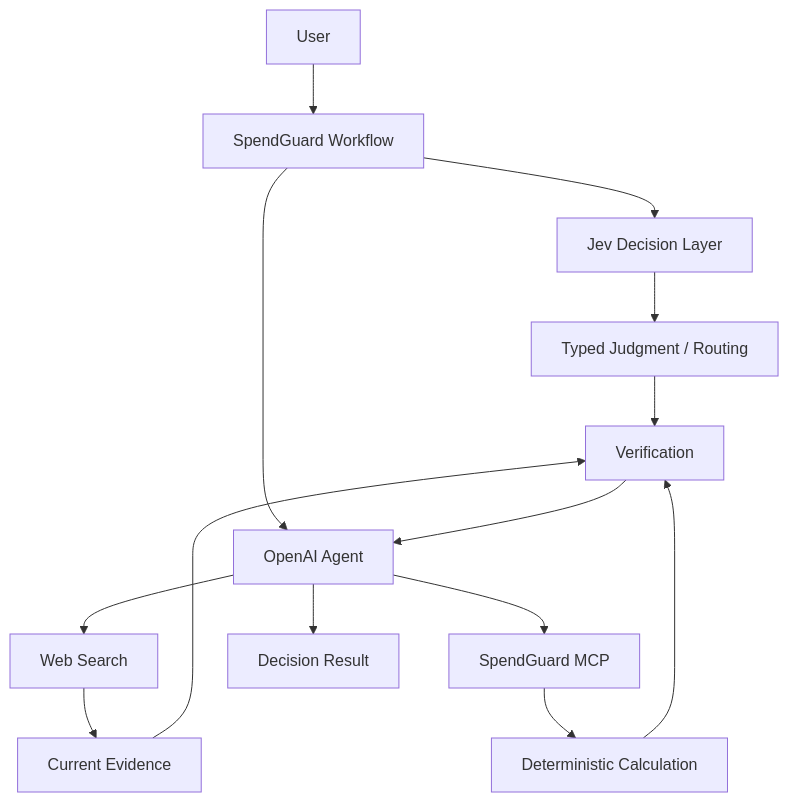
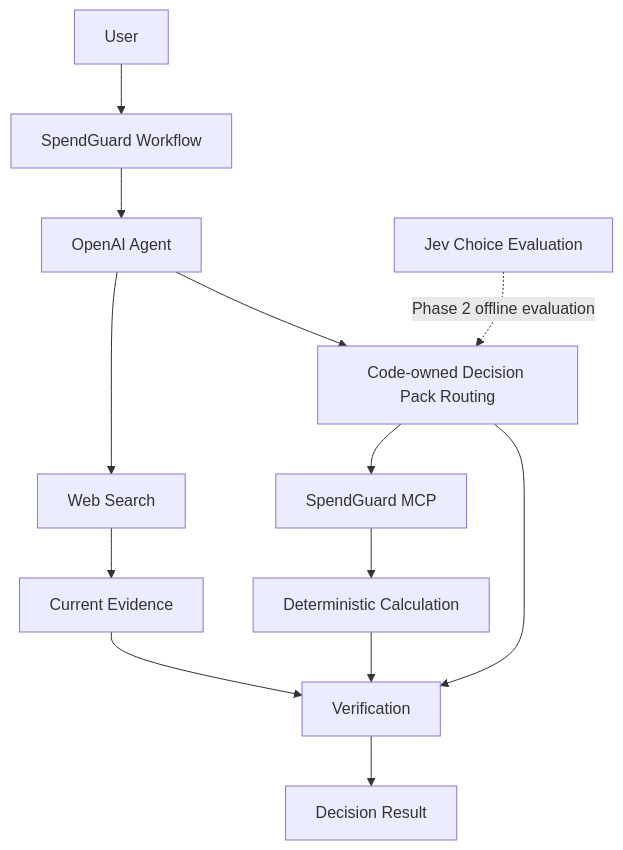
The diagram in README.md (seoheejung/spendguard-agent), drawn with Mermaid before and after one commit. The commit also changed other lines of this file, not shown here.

````diff
--- a/README.md
+++ b/README.md
@@ -29,22 +29,20 @@
 ```mermaid
 flowchart TD
     User["User"] --> Workflow["SpendGuard Workflow"]
 
-    Workflow --> Jev["Jev Decision Layer"]
     Workflow --> Agent["OpenAI Agent"]
+    Agent --> Search["Web Search"]
+    Agent --> Code["Code-owned Decision Pack Routing"]
 
-    Jev --> Rules["Typed Judgment / Routing"]
+    Code --> MCP["SpendGuard MCP"]
+    MCP --> Calc["Deterministic Calculation"]
 
-    Agent --> Search["Web Search"]
-    Agent --> MCP["SpendGuard MCP"]
+    Search --> Evidence["Current Evidence"]
+    Calc --> Verify["Verification"]
+    Evidence --> Verify
+    Code --> Verify
 
-    MCP --> Calc["Deterministic Calculation"]
-    Search --> Evidence["Current Evidence"]
+    Verify --> Result["Decision Result"]
 
-    Rules --> Verify["Verification"]
-    Calc --> Verify
-    Evidence --> Verify
-
-    Verify --> Agent
-    Agent --> Result["Decision Result"]
+    Eval["Jev Choice Evaluation"] -. Phase 2 offline evaluation .-> Code
 ```
````
